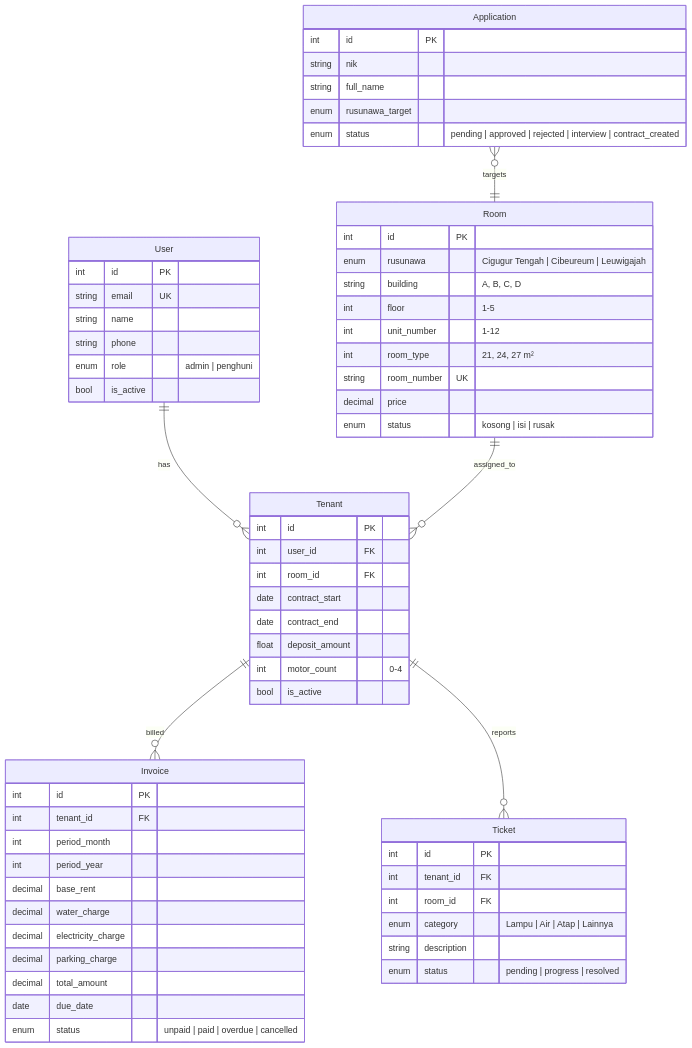
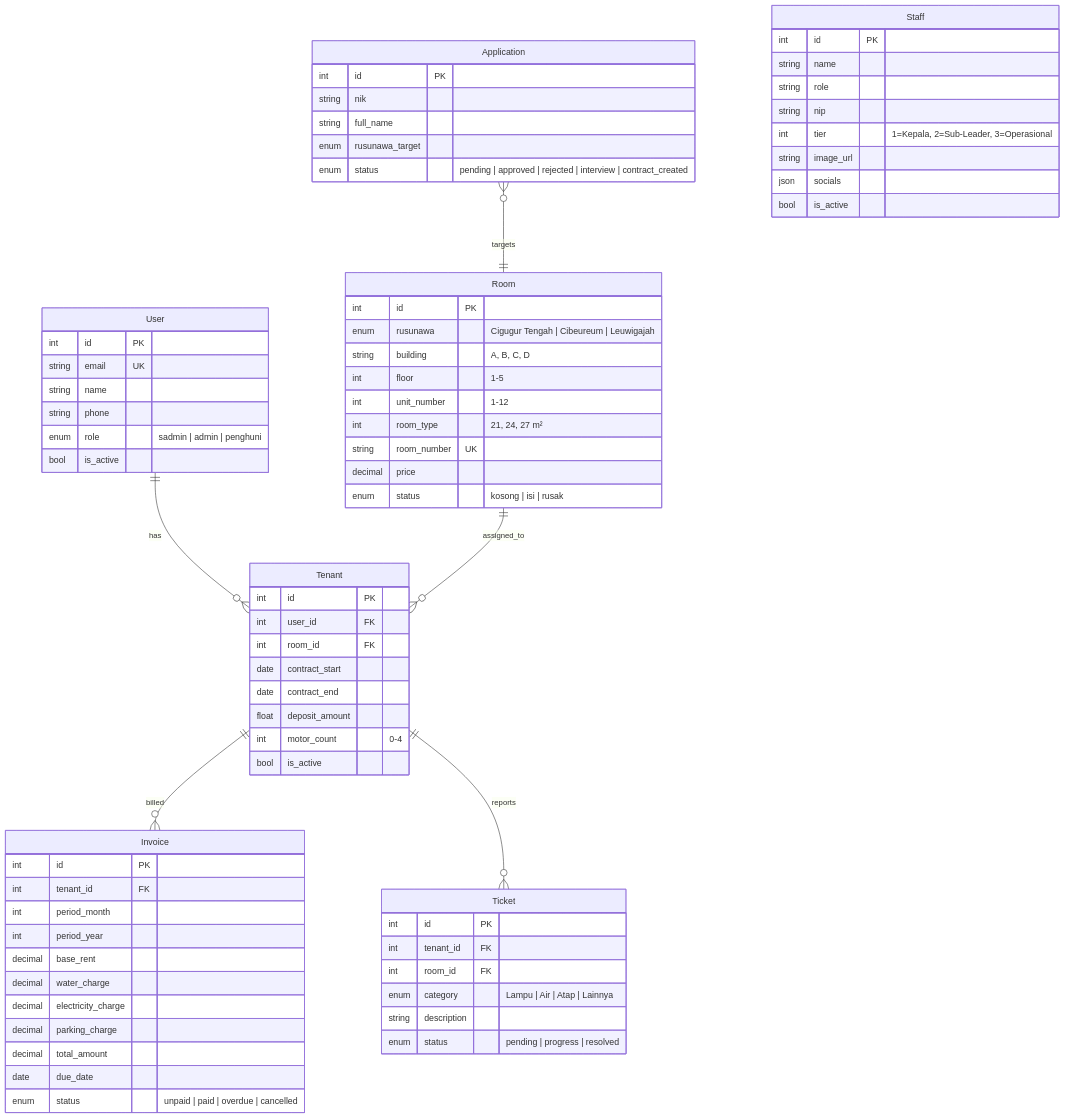
The diagram in README.md (WillyHanafi1/Sistem-Rusunawa), drawn with Mermaid before and after one commit. The commit also changed other lines of this file and 22 other files, not shown here.

````diff
--- a/README.md
+++ b/README.md
@@ -221,71 +233,82 @@
 ```mermaid
 erDiagram
     User ||--o{ Tenant : has
     Room ||--o{ Tenant : assigned_to
     Tenant ||--o{ Invoice : billed
     Tenant ||--o{ Ticket : reports
     Application }o--|| Room : targets
 
     User {
         int id PK
         string email UK
         string name
         string phone
-        enum role "admin | penghuni"
+        enum role "sadmin | admin | penghuni"
         bool is_active
     }
 
     Room {
         int id PK
         enum rusunawa "Cigugur Tengah | Cibeureum | Leuwigajah"
         string building "A, B, C, D"
         int floor "1-5"
         int unit_number "1-12"
         int room_type "21, 24, 27 m²"
         string room_number UK
         decimal price
         enum status "kosong | isi | rusak"
     }
 
     Tenant {
         int id PK
         int user_id FK
         int room_id FK
         date contract_start
         date contract_end
         float deposit_amount
         int motor_count "0-4"
         bool is_active
     }
 
     Invoice {
         int id PK
         int tenant_id FK
         int period_month
         int period_year
         decimal base_rent
         decimal water_charge
         decimal electricity_charge
         decimal parking_charge
         decimal total_amount
         date due_date
         enum status "unpaid | paid | overdue | cancelled"
     }
 
     Ticket {
         int id PK
         int tenant_id FK
         int room_id FK
         enum category "Lampu | Air | Atap | Lainnya"
         string description
         enum status "pending | progress | resolved"
     }
 
     Application {
         int id PK
         string nik
         string full_name
         enum rusunawa_target
         enum status "pending | approved | rejected | interview | contract_created"
     }
+
+    Staff {
+        int id PK
+        string name
+        string role
+        string nip
+        int tier "1=Kepala, 2=Sub-Leader, 3=Operasional"
+        string image_url
+        json socials
+        bool is_active
+    }
 ```
````
